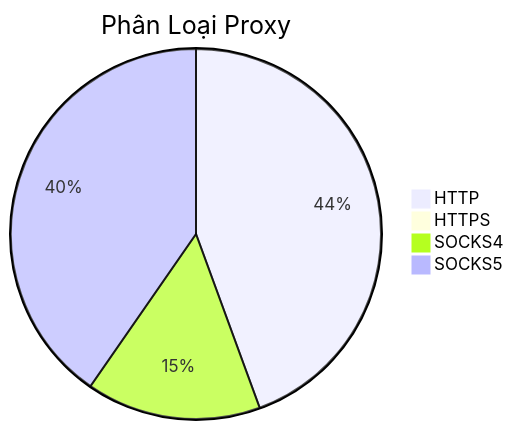
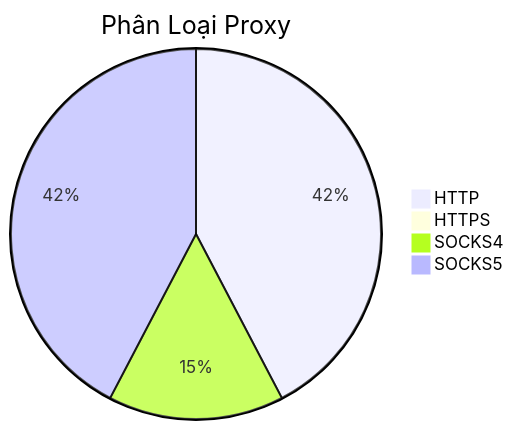
The diagram in README.md (Ciara-Aa/PROXY-free), drawn with Mermaid before and after one commit. The commit also changed other lines of this file and 4 other files, not shown here.

````diff
--- a/README.md
+++ b/README.md
@@ -26,7 +26,7 @@
 ```mermaid
 pie title Phân Loại Proxy
-    "HTTP" : 306
+    "HTTP" : 262
     "HTTPS" : 2
-    "SOCKS4" : 105
-    "SOCKS5" : 278
+    "SOCKS4" : 95
+    "SOCKS5" : 262
 ```
````
